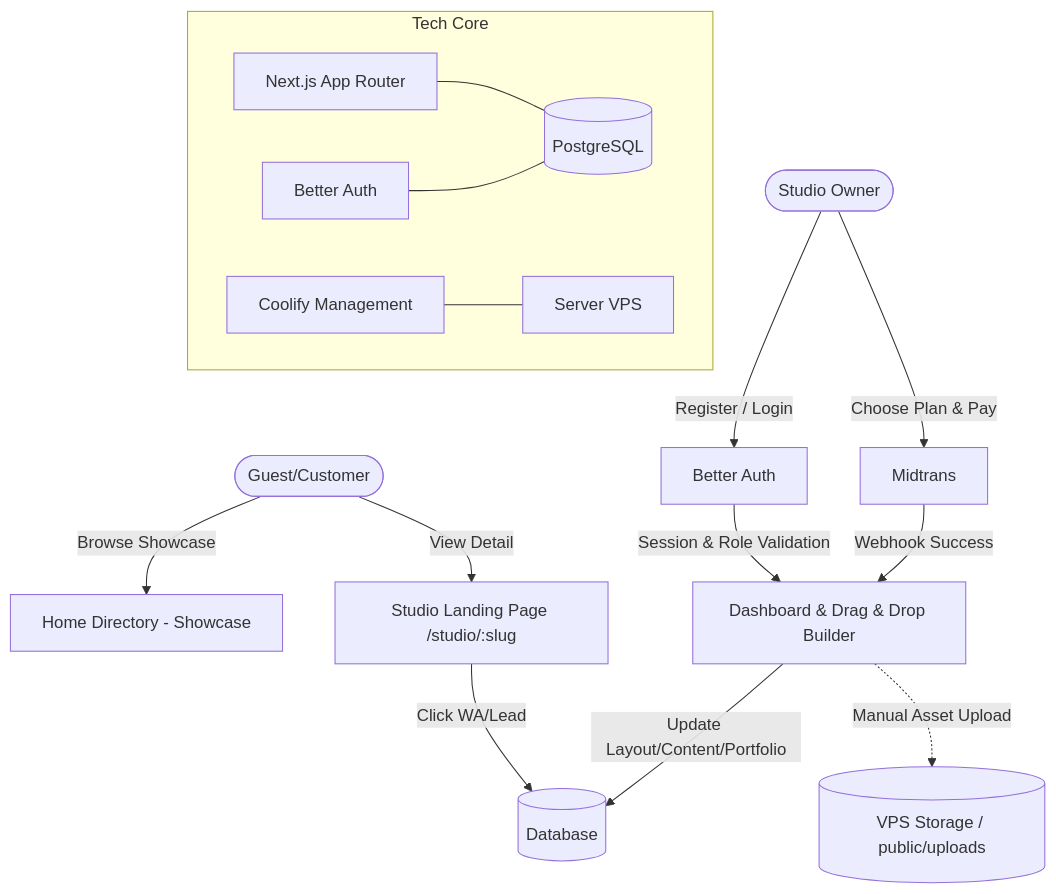
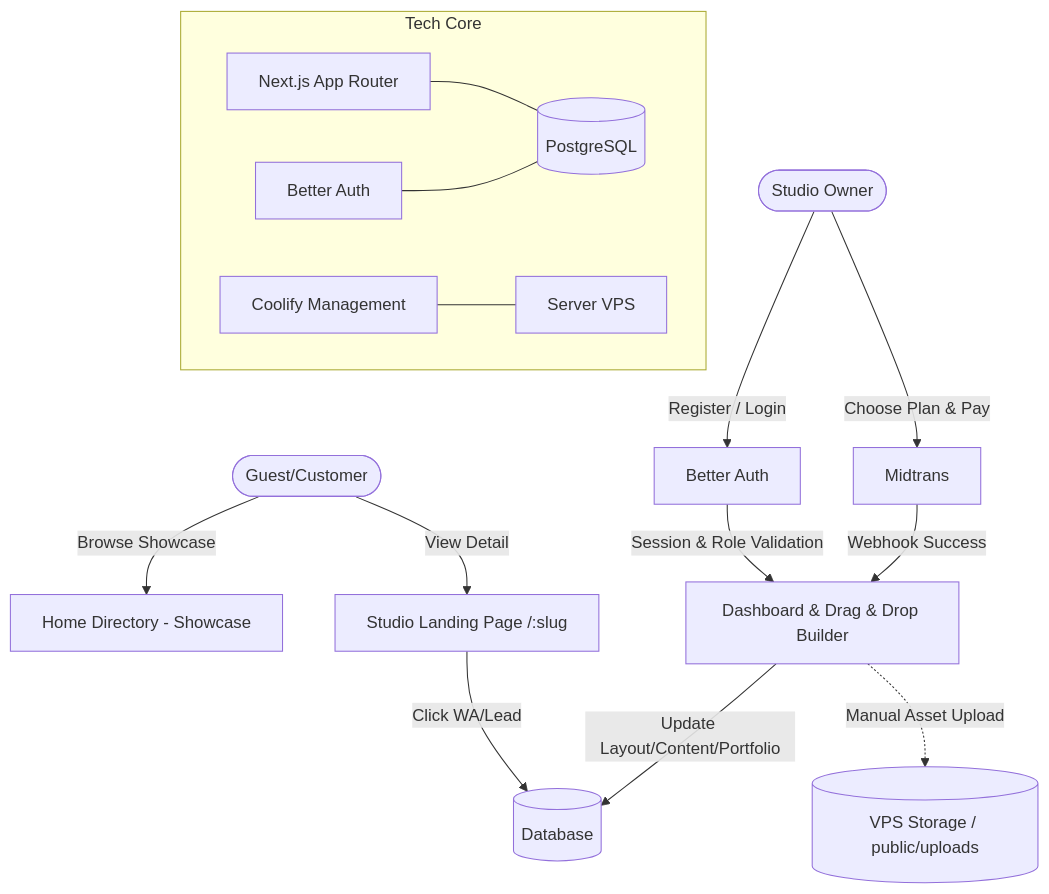
Before and after one commit to dev-pinova/ruangtato: the diagram in prd.md, drawn with Mermaid. The commit also changed other lines of this file and 13 other files, not shown here.

First line of the commit message:
refactor: migrate studio public URL from /studio/[slug] to /[slug]

````diff
--- a/prd.md
+++ b/prd.md
@@ -176,26 +176,26 @@
 ```mermaid
 flowchart TD
     Guest([Guest/Customer]) -->|Browse Showcase| Home[Home Directory - Showcase]
-    Guest -->|View Detail| LP[Studio Landing Page /studio/:slug]
+    Guest -->|View Detail| LP[Studio Landing Page /:slug]
     LP -->|Click WA/Lead| DashData[(Database)]
 
     Owner([Studio Owner]) -->|Register / Login| Auth[Better Auth]
     Auth -->|Session & Role Validation| Dashboard[Dashboard & Drag & Drop Builder]
     Owner -->|Choose Plan & Pay| Pay[Midtrans]
     Pay -->|Webhook Success| Dashboard
     Dashboard -->|Update Layout/Content/Portfolio| DashData
 
     subgraph "Tech Core"
     NextJS[Next.js App Router]
     DB[(PostgreSQL)]
     Coolify[Coolify Management]
     VPS[Server VPS]
     BetterAuth[Better Auth]
     end
 
     Dashboard -.->|Manual Asset Upload| Storage[(VPS Storage / public/uploads)]
     NextJS --- DB
     BetterAuth --- DB
     Coolify --- VPS
 
 ```
````
